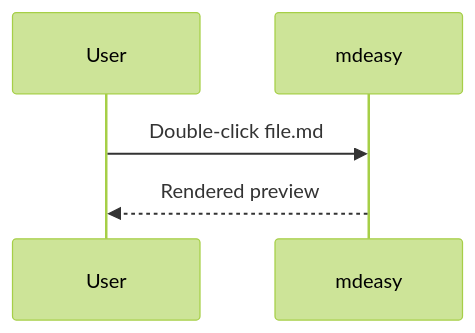
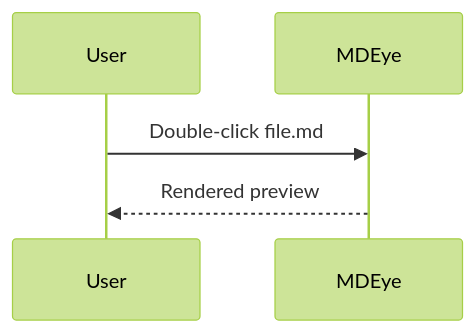
Before and after one commit to ijaa/mdeasy: the second of 2 diagrams in fixtures/sample.md, drawn with Mermaid (forest theme). The commit also changed other lines of this file and 36 other files, not shown here.

First line of the commit message:
chore: rename mdeasy → MDEye/mdeye

````diff
--- a/fixtures/sample.md
+++ b/fixtures/sample.md
@@ -40,7 +40,7 @@
 ```mermaid
 sequenceDiagram
   participant U as User
-  participant M as mdeasy
+  participant M as MDEye
   U->>M: Double-click file.md
   M-->>U: Rendered preview
 ```
````
